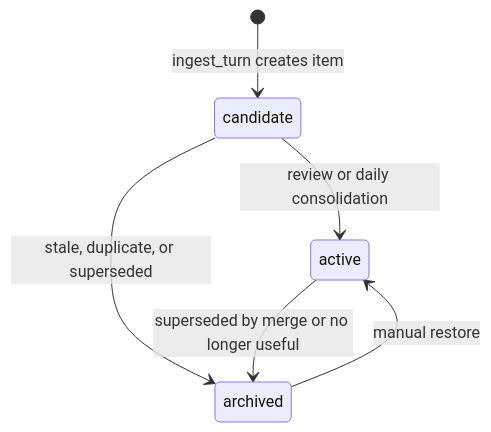
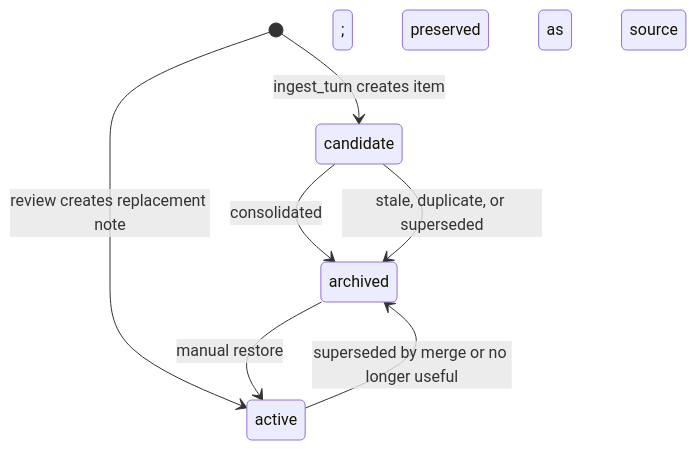
Before and after one commit to Oceankj/second_brain: the fifth of 7 diagrams in docs/lifecycle.md, drawn with Mermaid. The commit also changed other lines of this file and 47 other files, not shown here.

````diff
--- a/docs/lifecycle.md
+++ b/docs/lifecycle.md
@@ -127,8 +122,9 @@
 ```mermaid
 stateDiagram-v2
   [*] --> candidate: ingest_turn creates item
-  candidate --> active: review or daily consolidation
+  candidate --> archived: consolidated; preserved as source
+  [*] --> active: review creates replacement note
   candidate --> archived: stale, duplicate, or superseded
   active --> archived: superseded by merge or no longer useful
   archived --> active: manual restore
 ```
````
